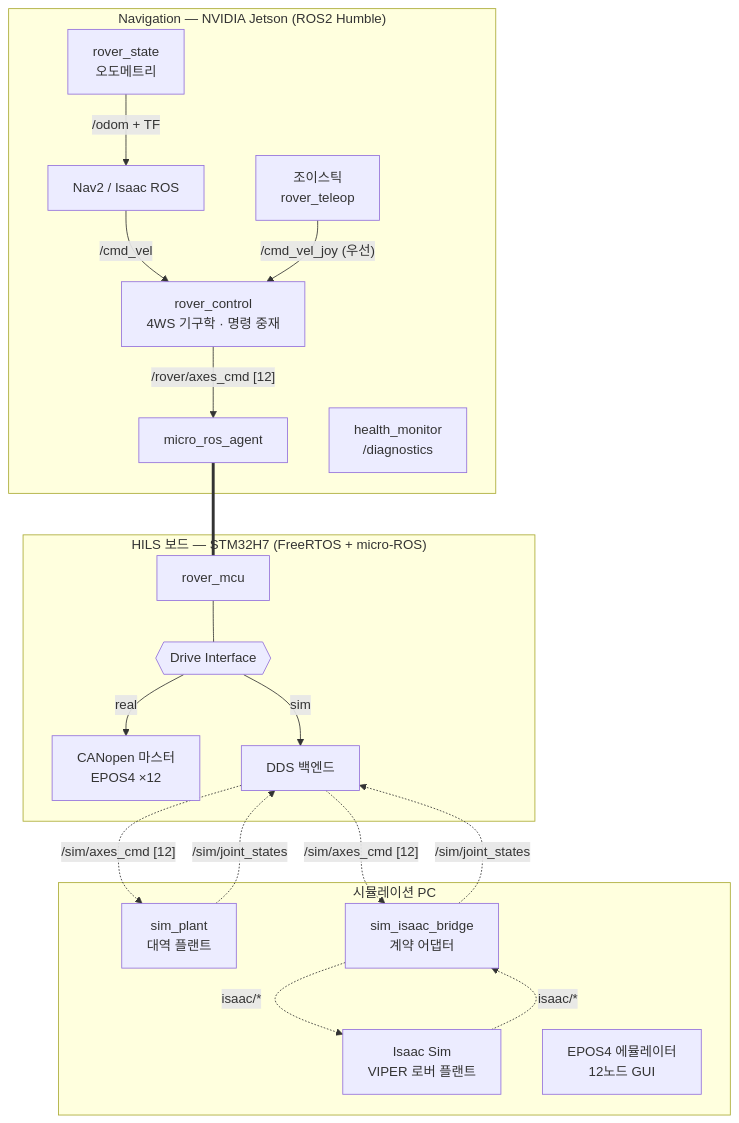
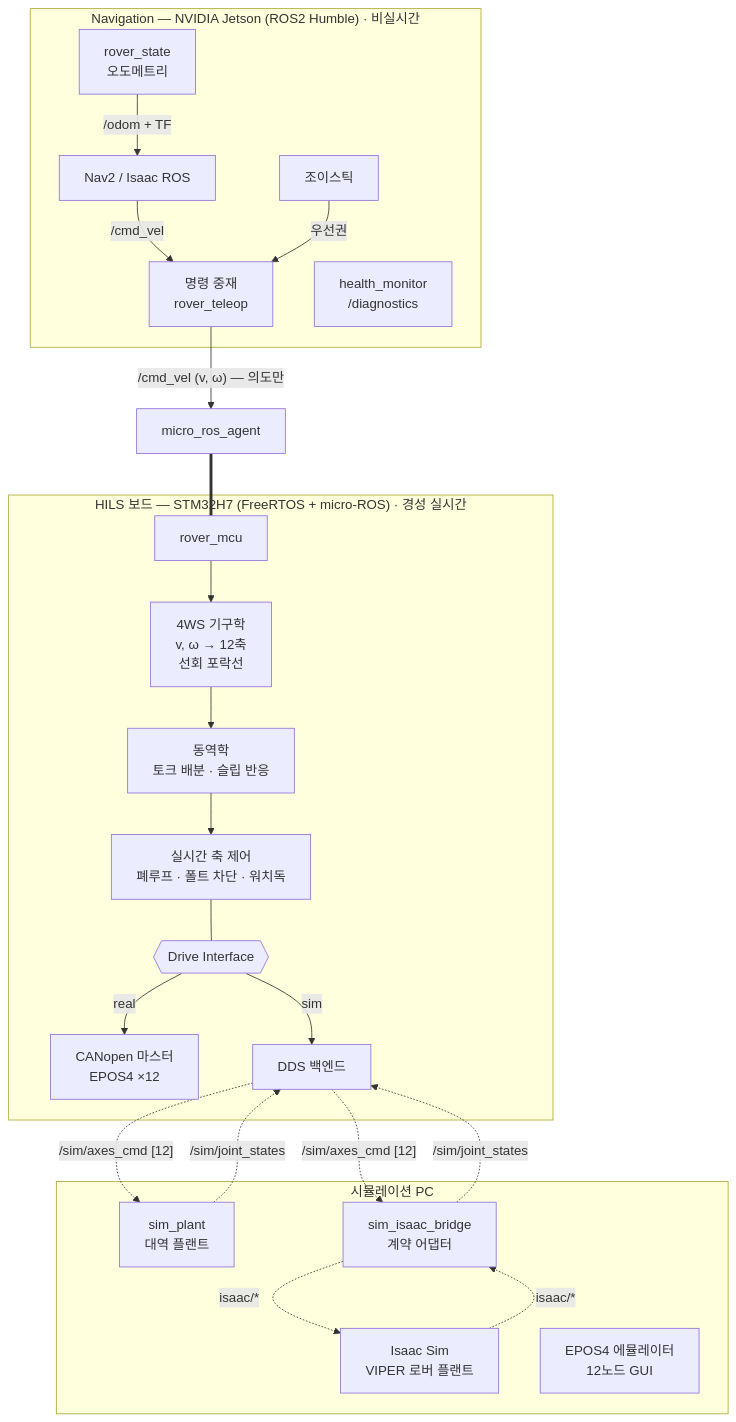
The first of 2 diagrams in homepage-src/docs/projects/l-project-hils.md (parclab-hsu/parclab-hsu.github.io), drawn with Mermaid before and after one commit. The commit also changed other lines of this file and 6 other files, not shown here.

First line of the commit message:
아키텍처를 다시 그렸다 — 보드가 기구학·동역학·실시간 축 제어를 소유한다

````diff
--- a/homepage-src/docs/projects/l-project-hils.md
+++ b/homepage-src/docs/projects/l-project-hils.md
@@ -82,31 +82,35 @@
 ```mermaid
 flowchart TB
-    subgraph J["Navigation — NVIDIA Jetson (ROS2 Humble)"]
-        NAV[Nav2 / Isaac ROS] -- /cmd_vel --> RC[rover_control<br/>4WS 기구학 · 명령 중재]
-        JOY[조이스틱<br/>rover_teleop] -- "/cmd_vel_joy (우선)" --> RC
-        RC -- "/rover/axes_cmd [12]" --> AG[micro_ros_agent]
+    subgraph J["Navigation — NVIDIA Jetson (ROS2 Humble) · 비실시간"]
+        NAV[Nav2 / Isaac ROS] -- /cmd_vel --> ARB[명령 중재<br/>rover_teleop]
+        JOY[조이스틱] -- "우선권" --> ARB
         RS[rover_state<br/>오도메트리] -- /odom + TF --> NAV
         HM[health_monitor<br/>/diagnostics]
     end
 
-    subgraph B["HILS 보드 — STM32H7 (FreeRTOS + micro-ROS)"]
-        MCU[rover_mcu] --- DIF{{Drive Interface}}
+    ARB -- "/cmd_vel (v, ω) — 의도만" --> AG[micro_ros_agent]
+
+    subgraph B["HILS 보드 — STM32H7 (FreeRTOS + micro-ROS) · 경성 실시간"]
+        MCU[rover_mcu] --> KIN[4WS 기구학<br/>v, ω → 12축<br/>선회 포락선]
+        KIN --> DYN[동역학<br/>토크 배분 · 슬립 반응]
+        DYN --> RT[실시간 축 제어<br/>폐루프 · 폴트 차단 · 워치독]
+        RT --- DIF{{Drive Interface}}
         DIF -- real --> EPOS[CANopen 마스터<br/>EPOS4 ×12]
         DIF -- sim --> DSIM[DDS 백엔드]
     end
 
     subgraph S["시뮬레이션 PC"]
         PL[sim_plant<br/>대역 플랜트]
         BR[sim_isaac_bridge<br/>계약 어댑터]
         SIM[Isaac Sim<br/>VIPER 로버 플랜트]
         EMU[EPOS4 에뮬레이터<br/>12노드 GUI]
         BR -. "isaac/*" .-> SIM
         SIM -. "isaac/*" .-> BR
     end
 
     AG === MCU
     DSIM -. "/sim/axes_cmd [12]" .-> PL
     PL -. "/sim/joint_states" .-> DSIM
     DSIM -. "/sim/axes_cmd [12]" .-> BR
     BR -. "/sim/joint_states" .-> DSIM
 ```
````
